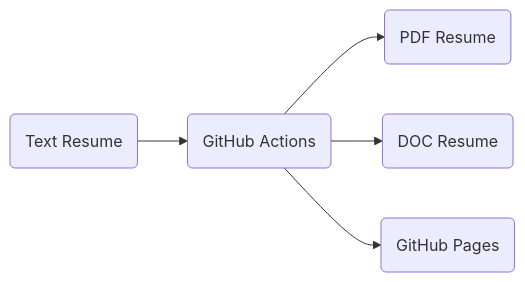
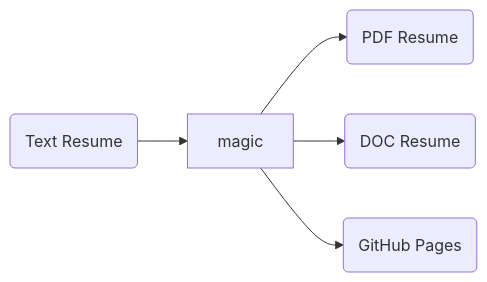
One commit to dustinbarnes/resume changed the diagram in README.md. Above: the diagram before and after it, drawn with Mermaid. The commit also changed other lines of this file and 32 other files, not shown here.

````diff
--- a/README.md
+++ b/README.md
@@ -11,7 +32,7 @@
 ```mermaid
 flowchart LR
-  txt(Text Resume)-->magic(GitHub Actions)
+  txt(Text Resume)-->magic
   magic-->pdf(PDF Resume)
   magic-->doc(DOC Resume)
   magic-->html(GitHub Pages)
 ```
````
